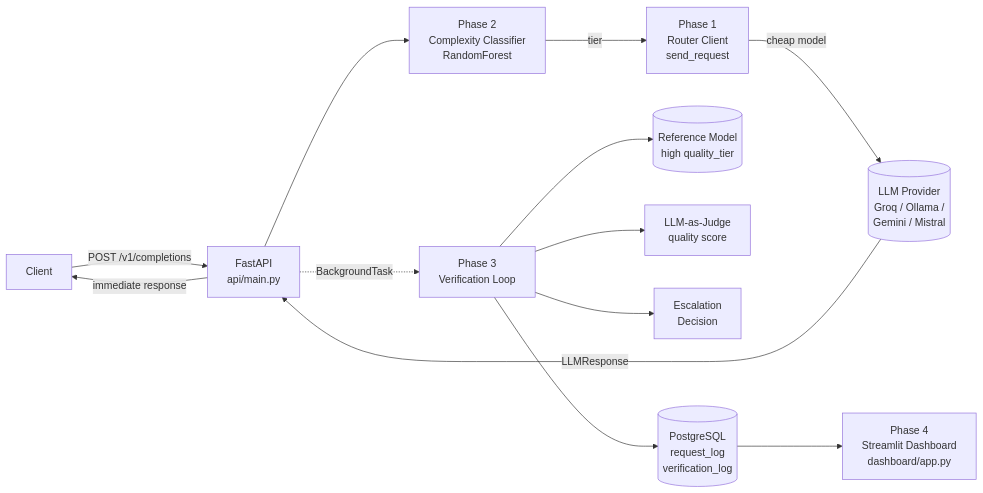
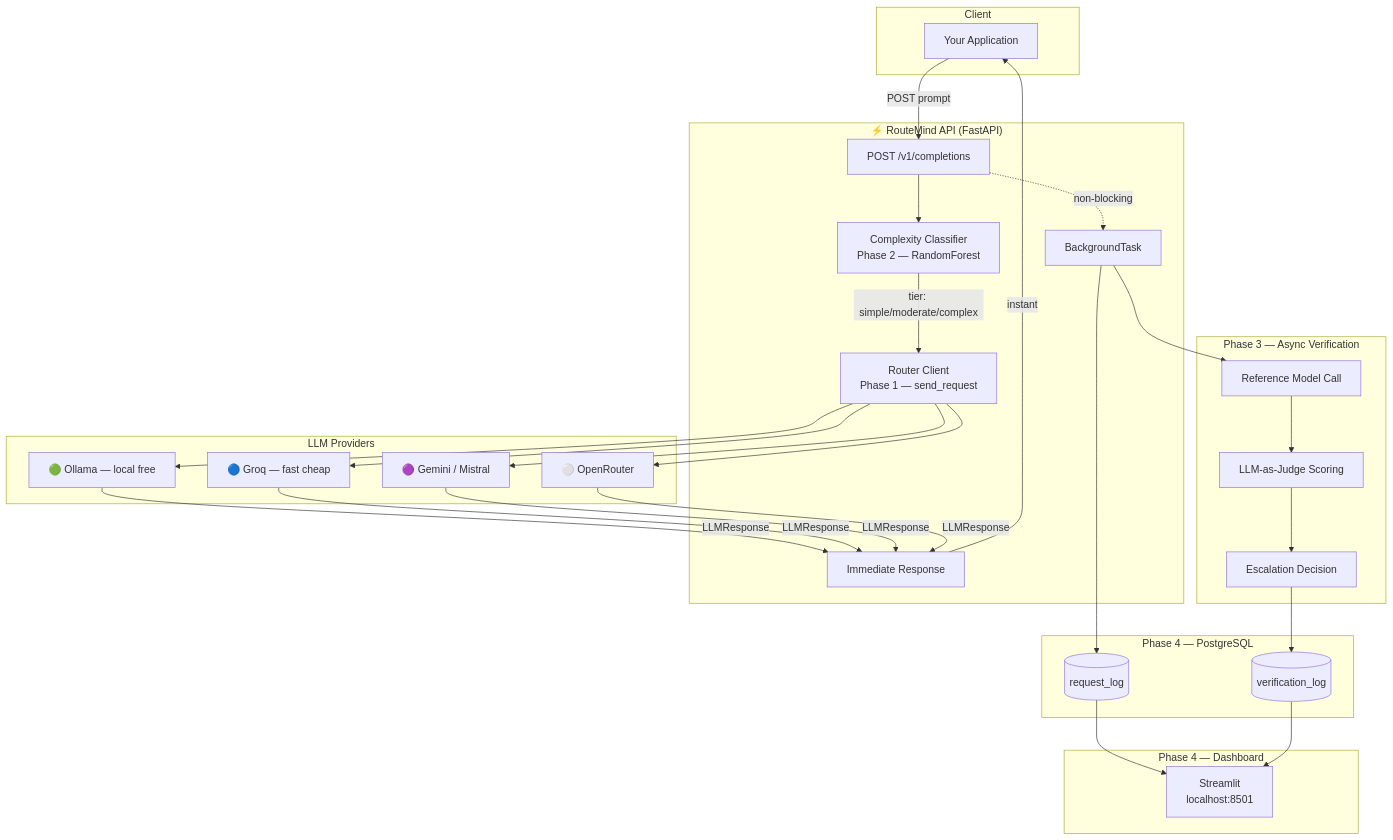
The diagram in README.md (invo-coder19/RouteMind_AI), drawn with Mermaid before and after one commit. The commit also changed other lines of this file, not shown here.

````diff
--- a/README.md
+++ b/README.md
@@ -10,17 +103,48 @@
 ```mermaid
-flowchart LR
-    Client -->|POST /v1/completions| API[FastAPI\napi/main.py]
-    API --> Classifier[Phase 2\nComplexity Classifier\nRandomForest]
-    Classifier -->|tier| Router[Phase 1\nRouter Client\nsend_request]
-    Router -->|cheap model| LLM[(LLM Provider\nGroq / Ollama /\nGemini / Mistral)]
-    LLM -->|LLMResponse| API
-    API -->|immediate response| Client
+flowchart TD
+    subgraph Client
+        A[Your Application]
+    end
 
-    API -.->|BackgroundTask| VerifyLoop[Phase 3\nVerification Loop]
-    VerifyLoop --> RefModel[(Reference Model\nhigh quality_tier)]
-    VerifyLoop --> Judge[LLM-as-Judge\nquality score]
-    VerifyLoop --> Escalation[Escalation\nDecision]
-    VerifyLoop --> DB[(PostgreSQL\nrequest_log\nverification_log)]
+    subgraph API["⚡ RouteMind API  (FastAPI)"]
+        B[POST /v1/completions]
+        C[Complexity Classifier\nPhase 2 — RandomForest]
+        D[Router Client\nPhase 1 — send_request]
+        E[Immediate Response]
+        F[BackgroundTask]
+    end
 
-    DB --> Dashboard[Phase 4\nStreamlit Dashboard\ndashboard/app.py]
+    subgraph Providers["LLM Providers"]
+        G[🟢 Ollama — local free]
+        H[🔵 Groq — fast cheap]
+        I[🟣 Gemini / Mistral]
+        J[⚪ OpenRouter]
+    end
+
+    subgraph Background["Phase 3 — Async Verification"]
+        K[Reference Model Call]
+        L[LLM-as-Judge Scoring]
+        M[Escalation Decision]
+    end
+
+    subgraph Storage["Phase 4 — PostgreSQL"]
+        N[(request_log)]
+        O[(verification_log)]
+    end
+
+    subgraph Viz["Phase 4 — Dashboard"]
+        P[Streamlit\nlocalhost:8501]
+    end
+
+    A -->|POST prompt| B
+    B --> C
+    C -->|tier: simple/moderate/complex| D
+    D --> G & H & I & J
+    G & H & I & J -->|LLMResponse| E
+    E -->|instant| A
+    B -.->|non-blocking| F
+    F --> K --> L --> M
+    F --> N
+    M --> O
+    N & O --> P
 ```
````
